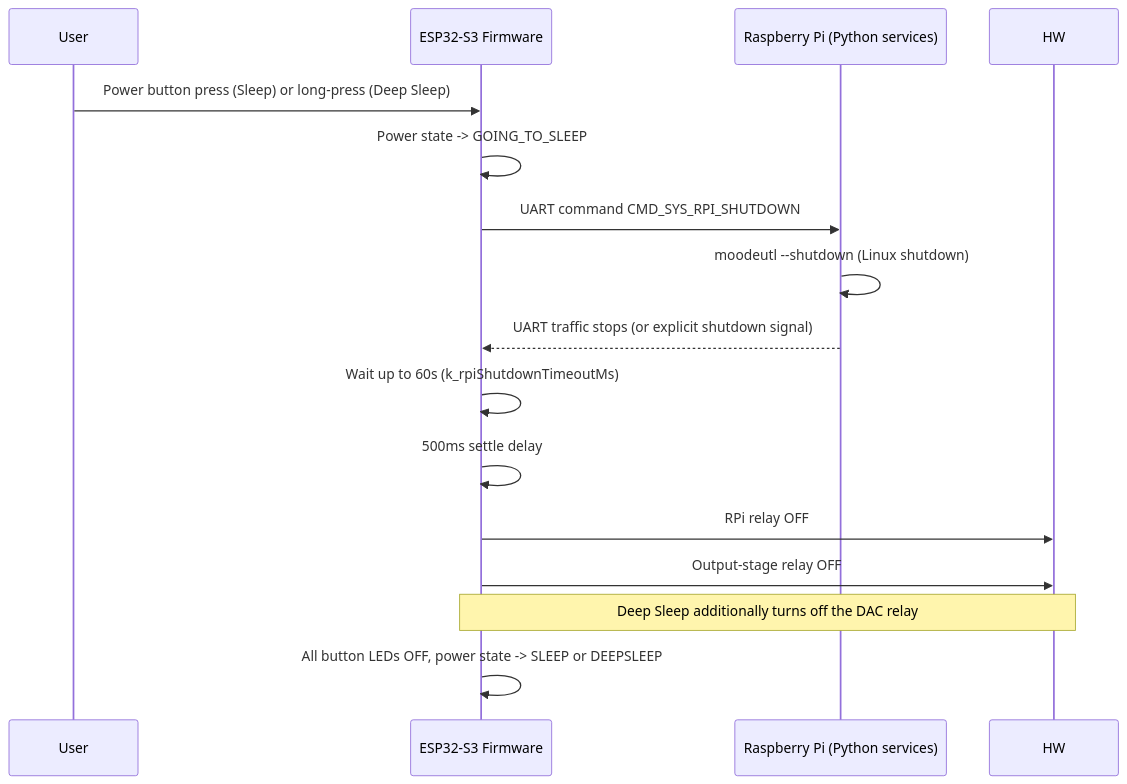
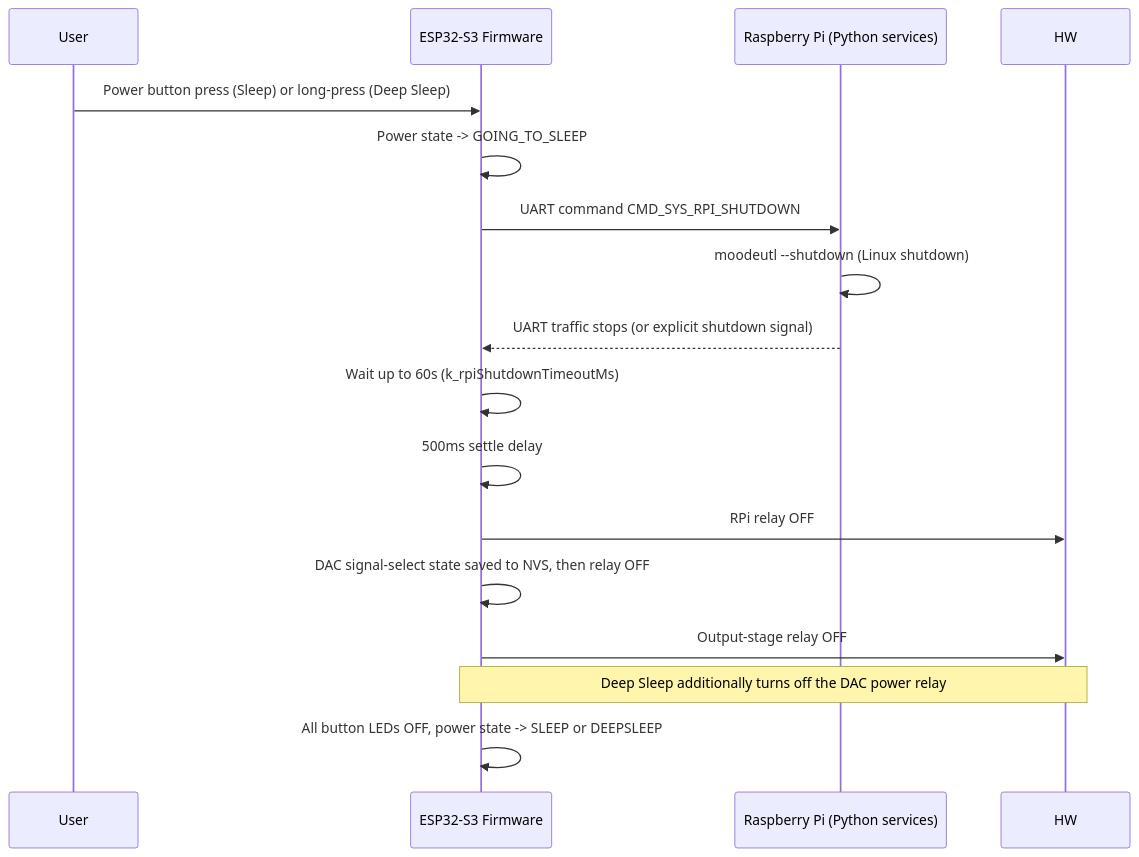
Before and after one commit to AnthonyLRoy/TinyControlBoard: the third of 5 diagrams in docs/01-system-architecture.md, drawn with Mermaid. The commit also changed other lines of this file and 41 other files, not shown here.

````diff
--- a/docs/01-system-architecture.md
+++ b/docs/01-system-architecture.md
@@ -119,18 +120,19 @@
 ```mermaid
 sequenceDiagram
     participant User
     participant ESP as ESP32-S3 Firmware
     participant RPi as Raspberry Pi (Python services)
 
     User->>ESP: Power button press (Sleep) or long-press (Deep Sleep)
     ESP->>ESP: Power state -> GOING_TO_SLEEP
     ESP->>RPi: UART command CMD_SYS_RPI_SHUTDOWN
     RPi->>RPi: moodeutl --shutdown (Linux shutdown)
     RPi-->>ESP: UART traffic stops (or explicit shutdown signal)
     ESP->>ESP: Wait up to 60s (k_rpiShutdownTimeoutMs)
     ESP->>ESP: 500ms settle delay
     ESP->>HW: RPi relay OFF
+    ESP->>ESP: DAC signal-select state saved to NVS, then relay OFF
     ESP->>HW: Output-stage relay OFF
-    Note over ESP,HW: Deep Sleep additionally turns off the DAC relay
+    Note over ESP,HW: Deep Sleep additionally turns off the DAC power relay
     ESP->>ESP: All button LEDs OFF, power state -> SLEEP or DEEPSLEEP
 ```
````
